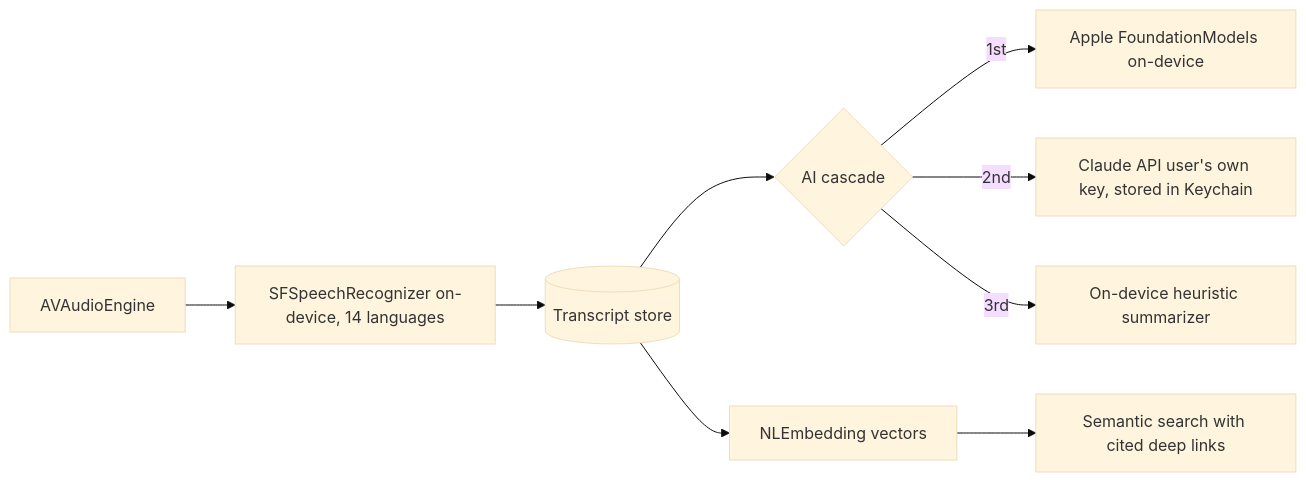
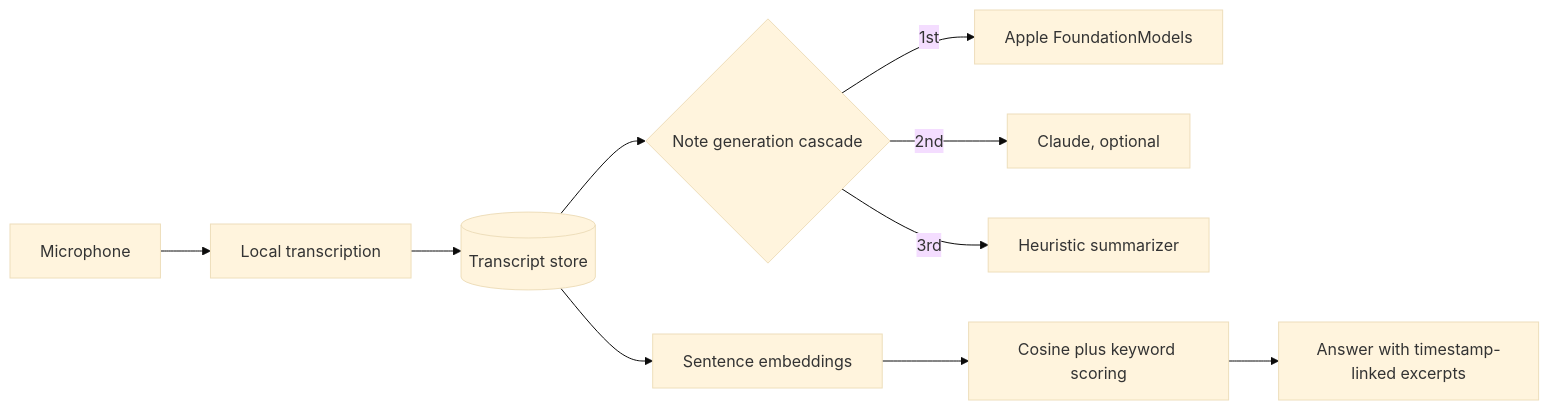
One commit to TechVoyagerr/cadence changed the diagram in README.md. Above: the diagram before and after it, drawn with Mermaid (base theme). The commit also changed other lines of this file, not shown here.

````diff
--- a/README.md
+++ b/README.md
@@ -30,10 +21,12 @@
 ```mermaid
 flowchart LR
-  MIC[AVAudioEngine] --> STT[SFSpeechRecognizer on-device, 14 languages]
+  MIC[Microphone] --> STT[Local transcription]
   STT --> TR[(Transcript store)]
-  TR --> CASCADE{AI cascade}
-  CASCADE -->|1st| FM[Apple FoundationModels on-device]
-  CASCADE -->|2nd| CL[Claude API user's own key, stored in Keychain]
-  CASCADE -->|3rd| H[On-device heuristic summarizer]
-  TR --> EMB[NLEmbedding vectors] --> SEARCH[Semantic search with cited deep links]
+  TR --> CASCADE{Note generation cascade}
+  CASCADE -->|1st| FM[Apple FoundationModels]
+  CASCADE -->|2nd| CL[Claude, optional]
+  CASCADE -->|3rd| H[Heuristic summarizer]
+  TR --> EMB[Sentence embeddings]
+  EMB --> RANK[Cosine plus keyword scoring]
+  RANK --> ANS[Answer with timestamp-linked excerpts]
 ```
````
